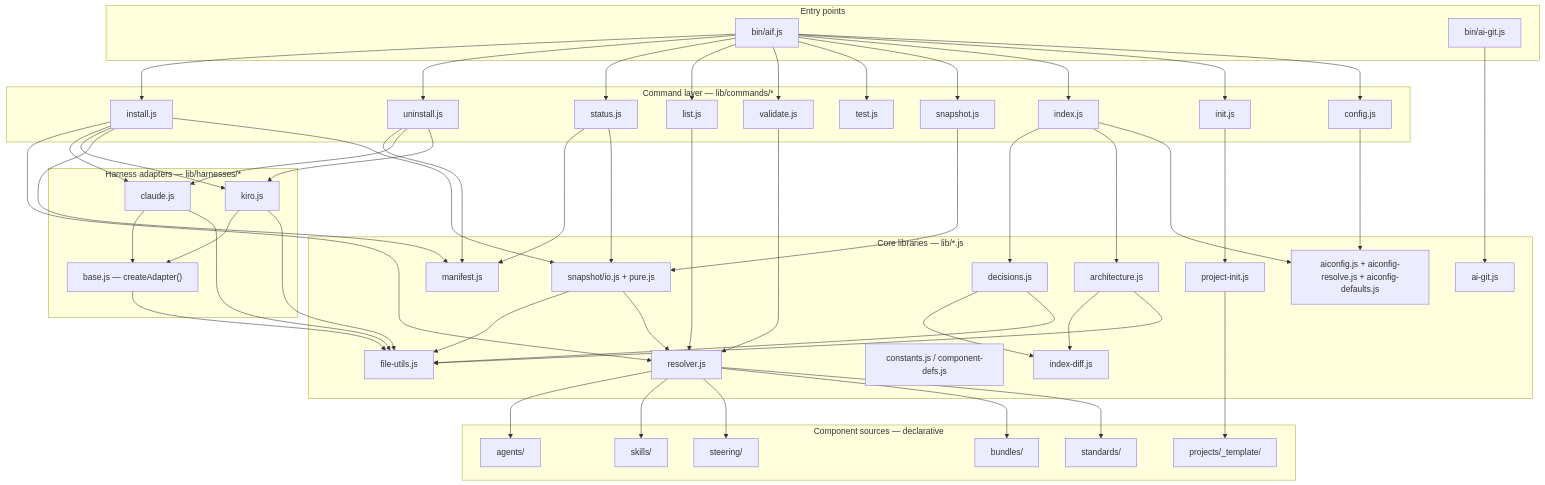
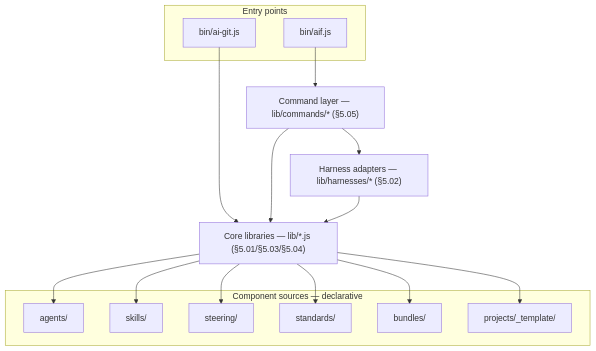
The diagram in docs/architecture/05_building_blocks.md (starvoxel/ai-foundation), drawn with Mermaid before and after one commit. The commit also changed other lines of this file, not shown here.

Commit message:
Collapse §5's Level-1 diagram to black-box groups
Per review: Command layer, Core libraries, and Harness adapters each
now have their own §5.0N whitebox diagram, so this Overview Diagram
collapses each to a single node instead of repeating their internals
(~24 nodes/26 edges -> 11 nodes/8 edges). Entry points and Component
sources stay fully expanded since neither has a child whitebox.

Claude-Session: https://claude.ai/code/session_01P35D74zUcfiqTEf9uHHp1Q

````diff
--- a/docs/architecture/05_building_blocks.md
+++ b/docs/architecture/05_building_blocks.md
@@ -32,38 +32,9 @@
     GitCLI["bin/ai-git.js"]
   end
 
-  subgraph Commands["Command layer — lib/commands/*"]
-    Install["install.js"]
-    Uninstall["uninstall.js"]
-    Status["status.js"]
-    List["list.js"]
-    Validate["validate.js"]
-    Test["test.js"]
-    Snapshot["snapshot.js"]
-    Index["index.js"]
-    Init["init.js"]
-    Config["config.js"]
-  end
-
-  subgraph Core["Core libraries — lib/*.js"]
-    Resolver["resolver.js"]
-    Manifest["manifest.js"]
-    SnapLib["snapshot/io.js + pure.js"]
-    Decisions["decisions.js"]
-    Architecture["architecture.js"]
-    IndexDiff["index-diff.js"]
-    ProjInit["project-init.js"]
-    AiGitLib["ai-git.js"]
-    Const["constants.js / component-defs.js"]
-    AiConfig["aiconfig.js + aiconfig-resolve.js + aiconfig-defaults.js"]
-    FileUtils["file-utils.js"]
-  end
-
-  subgraph Harnesses["Harness adapters — lib/harnesses/*"]
-    Base["base.js — createAdapter()"]
-    Claude["claude.js"]
-    Kiro["kiro.js"]
-  end
+  Commands["Command layer — lib/commands/* (§5.05)"]
+  CoreLibs["Core libraries — lib/*.js (§5.01/§5.03/§5.04)"]
+  Harnesses["Harness adapters — lib/harnesses/* (§5.02)"]
 
   subgraph Sources["Component sources — declarative"]
     Agents["agents/"]
@@ -74,44 +45,12 @@
     Template["projects/_template/"]
   end
 
-  CLI --> Install & Uninstall & Status & List & Validate & Test & Snapshot & Index & Init & Config
-  GitCLI --> AiGitLib
+  CLI --> Commands
+  GitCLI --> CoreLibs
 
-  Install --> Resolver
-  Install --> Claude
-  Install --> Kiro
-  Install --> Manifest
-  Install --> SnapLib
-  Uninstall --> Manifest
-  Uninstall --> Claude
-  Uninstall --> Kiro
-  Status --> Manifest
-  Status --> SnapLib
-  Snapshot --> SnapLib
-  List --> Resolver
-  Validate --> Resolver
-  Index --> Decisions
-  Index --> Architecture
-  Index --> AiConfig
-  Decisions --> IndexDiff
-  Architecture --> IndexDiff
-  Init --> ProjInit
-  ProjInit --> Template
-  Config --> AiConfig
+  Commands --> CoreLibs
+  Commands --> Harnesses
+  Harnesses --> CoreLibs
 
-  Claude --> Base
-  Kiro --> Base
-  Claude --> FileUtils
-  Kiro --> FileUtils
-  Base --> FileUtils
-  SnapLib --> FileUtils
-  Decisions --> FileUtils
-  Architecture --> FileUtils
-  SnapLib --> Resolver
-
-  Resolver --> Agents
-  Resolver --> Skills
-  Resolver --> Steering
-  Resolver --> Bundles
-  Resolver --> Standards
+  CoreLibs --> Agents & Skills & Steering & Standards & Bundles & Template
 ```
````
